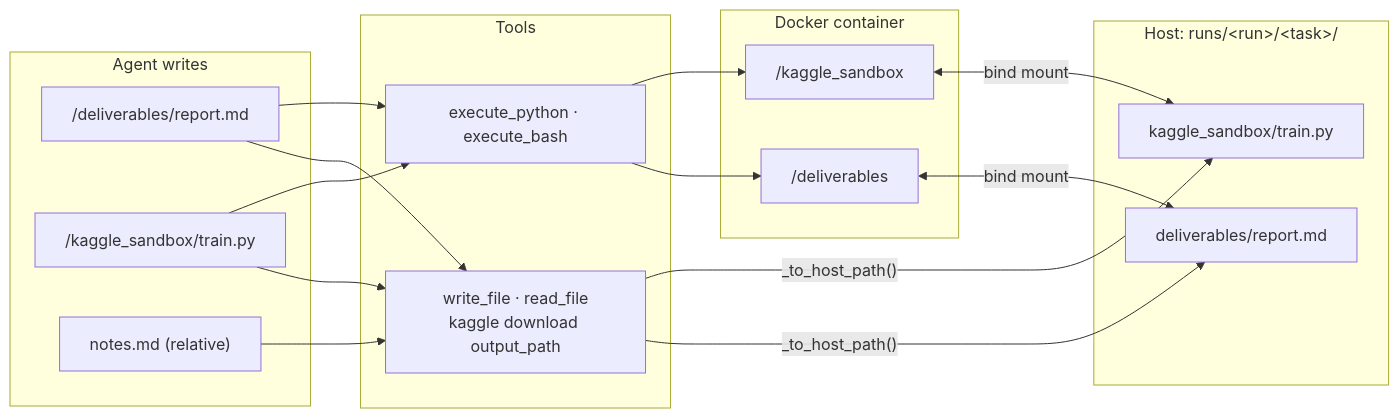
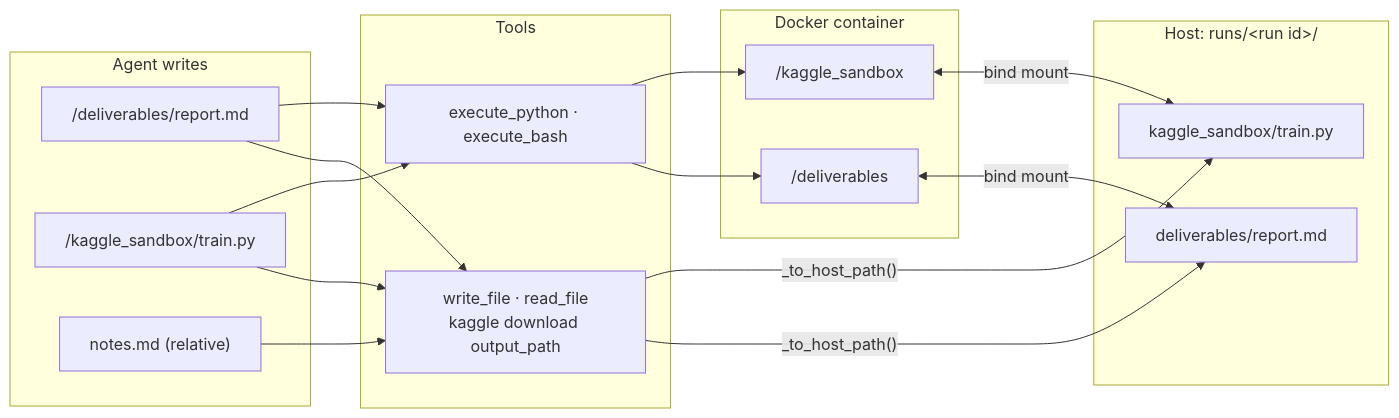
One commit to NBTailee/agent-harness changed the sixth of 8 diagrams in README.md. Above: the diagram before and after it, drawn with Mermaid. The commit also changed other lines of this file and 28 other files, not shown here.

````diff
--- a/README.md
+++ b/README.md
@@ -215,26 +243,26 @@
 ```mermaid
 flowchart LR
     subgraph AgentSees["Agent writes"]
         P1["/deliverables/report.md"]
         P2["/kaggle_sandbox/train.py"]
         P3["notes.md (relative)"]
     end
     subgraph Tools
         WF["write_file · read_file<br/>kaggle download output_path"]
         EX["execute_python · execute_bash"]
     end
-    subgraph Host["Host: runs/&lt;run&gt;/&lt;task&gt;/"]
+    subgraph Host["Host: runs/&lt;run id&gt;/"]
         H1["deliverables/report.md"]
         H2["kaggle_sandbox/train.py"]
     end
     subgraph Container["Docker container"]
         C1["/deliverables"]
         C2["/kaggle_sandbox"]
     end
     P1 & P2 & P3 --> WF
     P1 & P2 --> EX
     WF -->|"_to_host_path()"| H1 & H2
     EX --> C1 & C2
     C1 <-->|bind mount| H1
     C2 <-->|bind mount| H2
 ```
````
